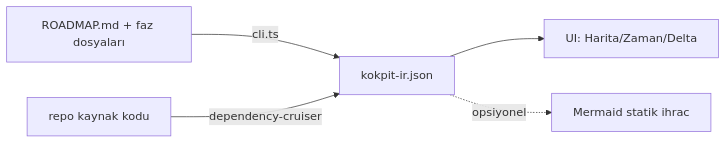
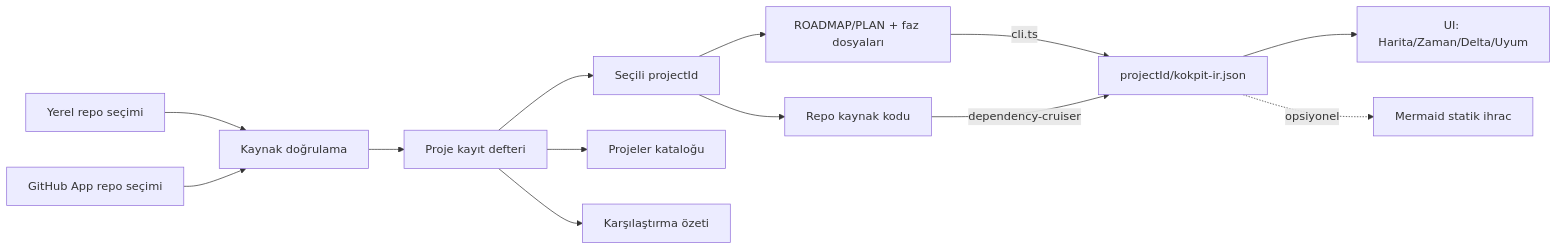
The diagram in UI-SPEC.md (gyildiz21/KokpitPro), drawn with Mermaid before and after one commit. The commit also changed other lines of this file and 15 other files, not shown here.

````diff
--- a/UI-SPEC.md
+++ b/UI-SPEC.md
@@ -164,7 +234,15 @@
 ```mermaid
 graph LR
-    A[ROADMAP.md + faz dosyaları] -->|cli.ts| B[kokpit-ir.json]
-    C[repo kaynak kodu] -->|dependency-cruiser| B
-    B --> D[UI: Harita/Zaman/Delta]
+    A[Yerel repo seçimi] --> V[Kaynak doğrulama]
+    G[GitHub App repo seçimi] --> V
+    V --> R[Proje kayıt defteri]
+    R --> S[Seçili projectId]
+    S --> P[ROADMAP/PLAN + faz dosyaları]
+    S --> C[Repo kaynak kodu]
+    P -->|cli.ts| B[projectId/kokpit-ir.json]
+    C -->|dependency-cruiser| B
+    B --> D[UI: Harita/Zaman/Delta/Uyum]
+    R --> K[Projeler kataloğu]
+    R --> O[Karşılaştırma özeti]
     B -.opsiyonel.-> E[Mermaid statik ihrac]
 ```
````
